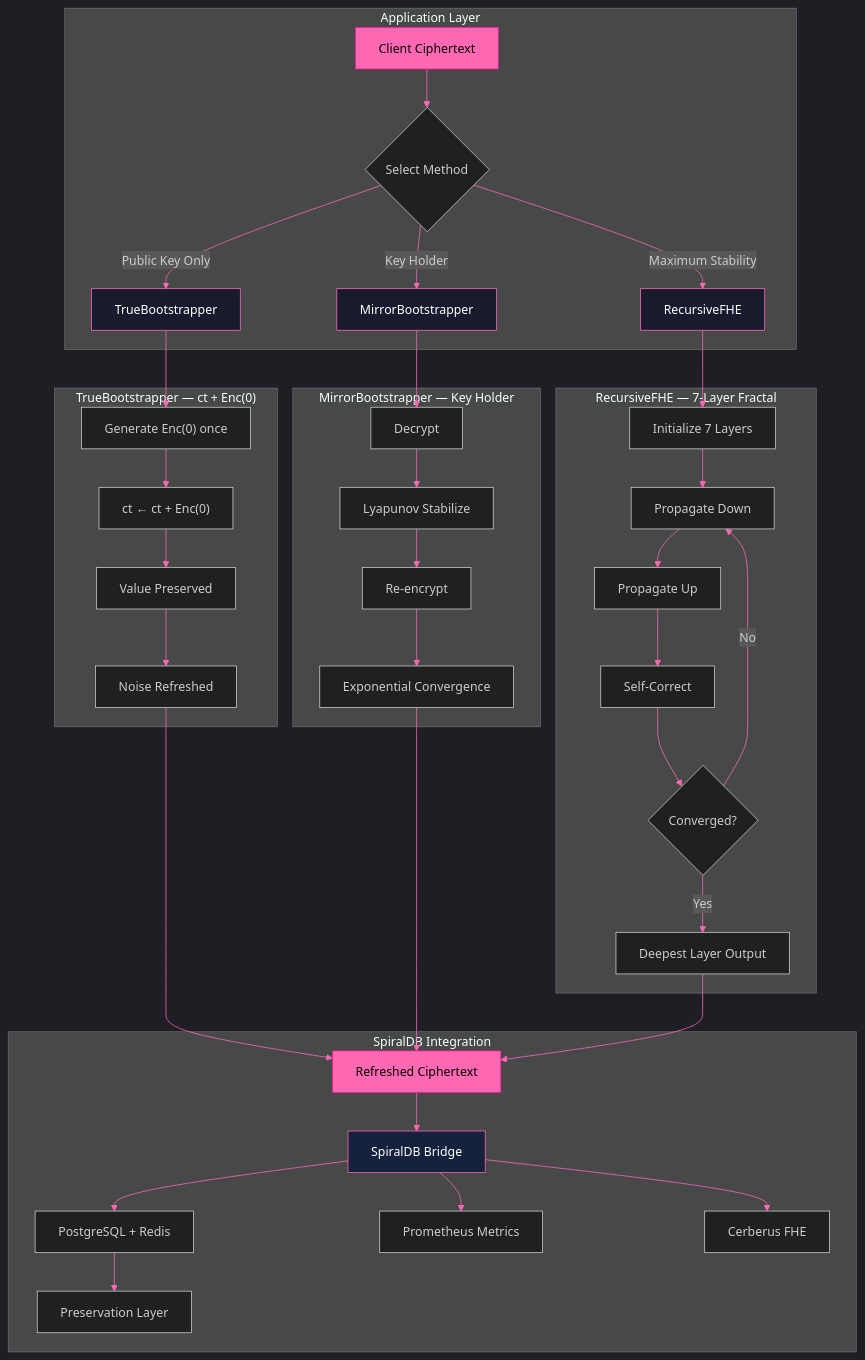
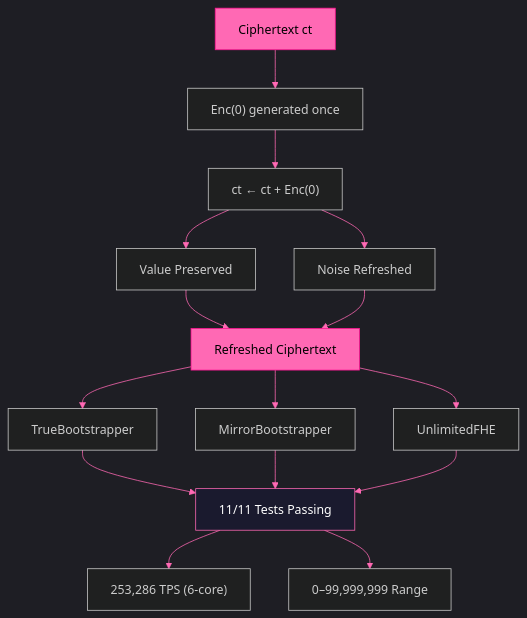
Before and after one commit to primordialomegazero/SpiralSEAL: the first of 2 diagrams in README.md, drawn with Mermaid. The commit also changed other lines of this file, not shown here.

First line of the commit message:
docs: V2 README — All limitations broken, simplified architecture

````diff
--- a/README.md
+++ b/README.md
@@ -29,53 +25,25 @@
 ```mermaid
 %%{init: {'theme':'dark', 'themeVariables': { 'primaryColor':'#ff69b4','primaryTextColor':'#000','primaryBorderColor':'#ff1493','lineColor':'#ff69b4','secondaryColor':'#1a1a2e','tertiaryColor':'#16213e'}}}%%
 graph TB
-    subgraph "Application Layer"
-        A[Client Ciphertext] --> B{Select Method}
-        B -->|Public Key Only| C[TrueBootstrapper]
-        B -->|Key Holder| D[MirrorBootstrapper]
-        B -->|Maximum Stability| E[RecursiveFHE]
-    end
+    A["Ciphertext ct"] --> B["Enc(0) generated once"]
+    B --> C["ct ← ct + Enc(0)"]
+    C --> D["Value Preserved"]
+    C --> E["Noise Refreshed"]
+    D --> F["Refreshed Ciphertext"]
+    E --> F
     
-    subgraph "TrueBootstrapper — ct + Enc(0)"
-        C --> C1["Generate Enc(0) once"]
-        C1 --> C2["ct ← ct + Enc(0)"]
-        C2 --> C3["Value Preserved"]
-        C3 --> C4["Noise Refreshed"]
-    end
+    F --> G["TrueBootstrapper"]
+    F --> H["MirrorBootstrapper"]
+    F --> I["UnlimitedFHE"]
     
-    subgraph "MirrorBootstrapper — Key Holder"
-        D --> D1["Decrypt"]
-        D1 --> D2["Lyapunov Stabilize"]
-        D2 --> D3["Re-encrypt"]
-        D3 --> D4["Exponential Convergence"]
-    end
+    G --> J["11/11 Tests Passing"]
+    H --> J
+    I --> J
     
-    subgraph "RecursiveFHE — 7-Layer Fractal"
-        E --> E1["Initialize 7 Layers"]
-        E1 --> E2["Propagate Down"]
-        E2 --> E3["Propagate Up"]
-        E3 --> E4["Self-Correct"]
-        E4 --> E5{Converged?}
-        E5 -->|No| E2
-        E5 -->|Yes| E6["Deepest Layer Output"]
-    end
-    
-    C4 --> F["Refreshed Ciphertext"]
-    D4 --> F
-    E6 --> F
-    
-    subgraph "SpiralDB Integration"
-        F --> G["SpiralDB Bridge"]
-        G --> H["PostgreSQL + Redis"]
-        G --> I["Prometheus Metrics"]
-        G --> J["Cerberus FHE"]
-        H --> K["Preservation Layer"]
-    end
+    J --> K["253,286 TPS (6-core)"]
+    J --> L["0–99,999,999 Range"]
 
     style A fill:#ff69b4,stroke:#ff1493,color:#000
     style F fill:#ff69b4,stroke:#ff1493,color:#000
-    style C fill:#1a1a2e,stroke:#ff69b4,color:#fff
-    style D fill:#1a1a2e,stroke:#ff69b4,color:#fff
-    style E fill:#1a1a2e,stroke:#ff69b4,color:#fff
-    style G fill:#16213e,stroke:#ff69b4,color:#fff
+    style J fill:#1a1a2e,stroke:#ff69b4,color:#fff
 ```
````
